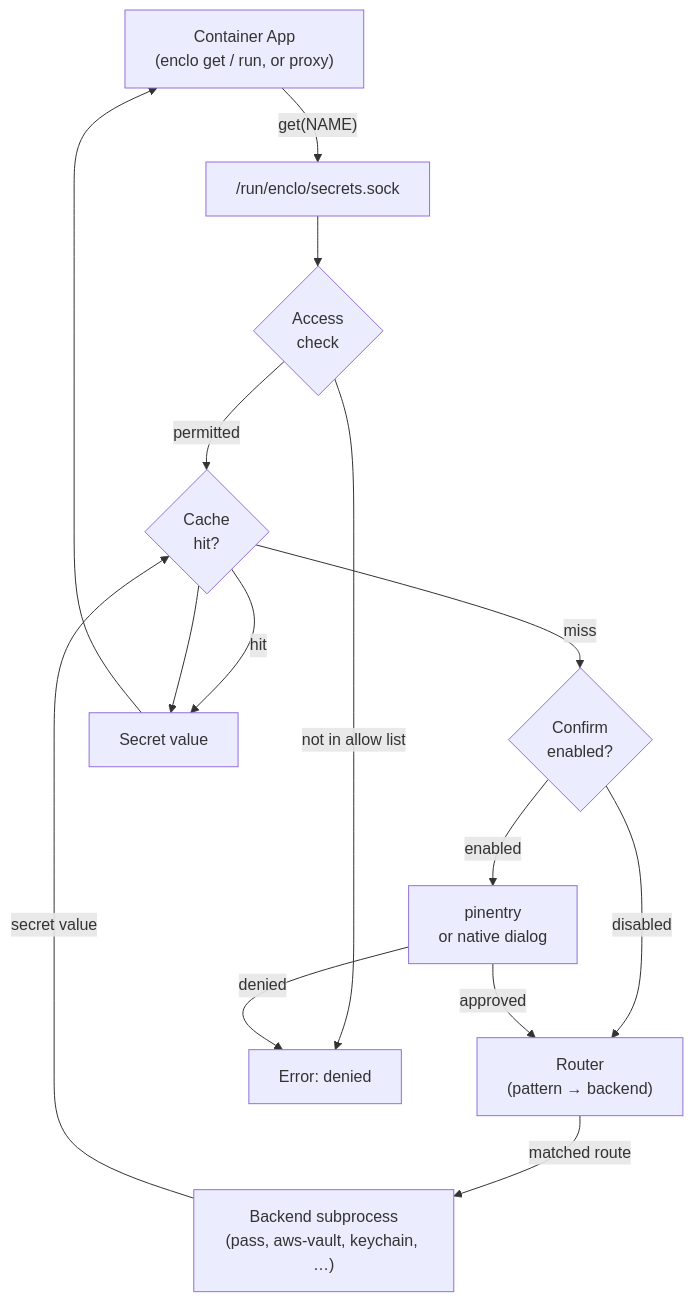
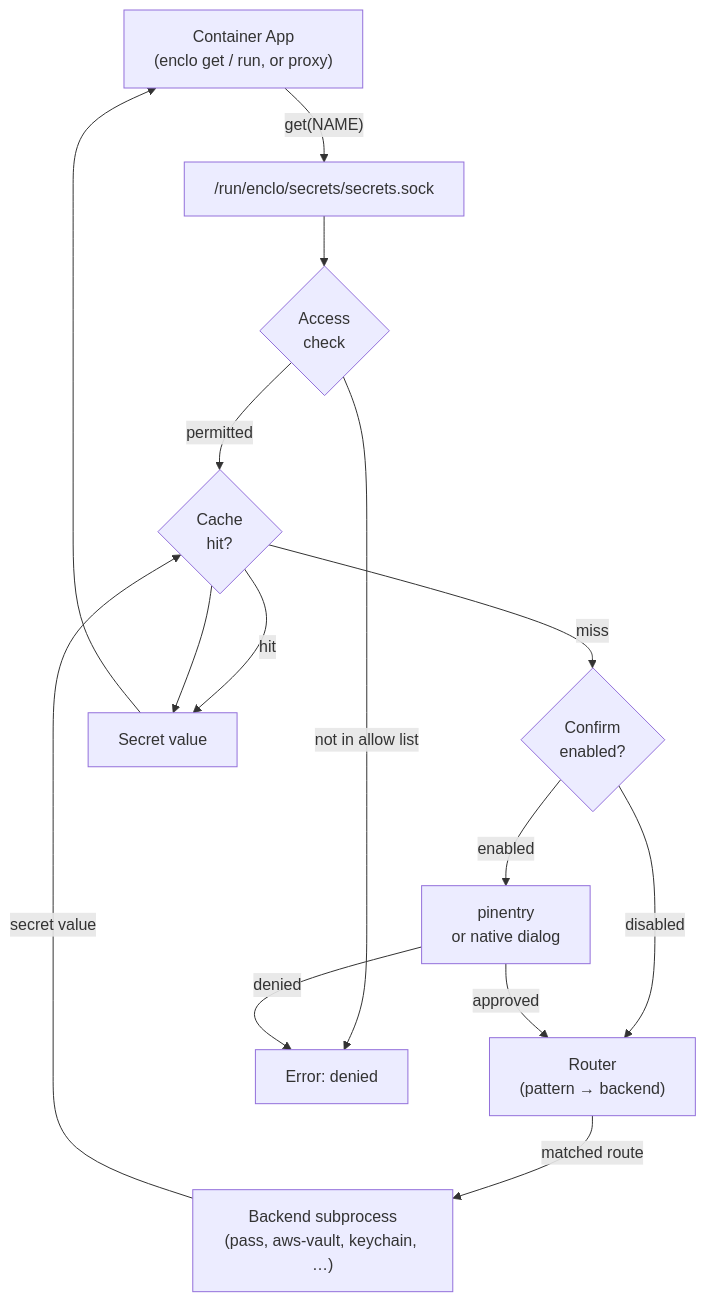
Before and after one commit to refractalize/enclo: the sixth of 8 diagrams in docs/architecture.md, drawn with Mermaid. The commit also changed 26 other files, not shown here.

````diff
--- a/docs/architecture.md
+++ b/docs/architecture.md
@@ -151,28 +151,28 @@
 ```mermaid
 flowchart TD
     app["Container App\n(enclo get / run, or proxy)"]
-    sock["/run/enclo/secrets.sock"]
+    sock["/run/enclo/secrets/secrets.sock"]
     access{"Access\ncheck"}
     cache{"Cache\nhit?"}
     confirm{"Confirm\nenabled?"}
     pinentry["pinentry\nor native dialog"]
     router["Router\n(pattern → backend)"]
     backend["Backend subprocess\n(pass, aws-vault, keychain, …)"]
     denied["Error: denied"]
     response["Secret value"]
 
     app -->|"get(NAME)"| sock
     sock --> access
     access -->|"not in allow list"| denied
     access -->|"permitted"| cache
     cache -->|"hit"| response
     cache -->|"miss"| confirm
     confirm -->|"disabled"| router
     confirm -->|"enabled"| pinentry
     pinentry -->|"approved"| router
     pinentry -->|"denied"| denied
     router -->|"matched route"| backend
     backend -->|"secret value"| cache
     cache --> response
     response --> app
 ```
````
